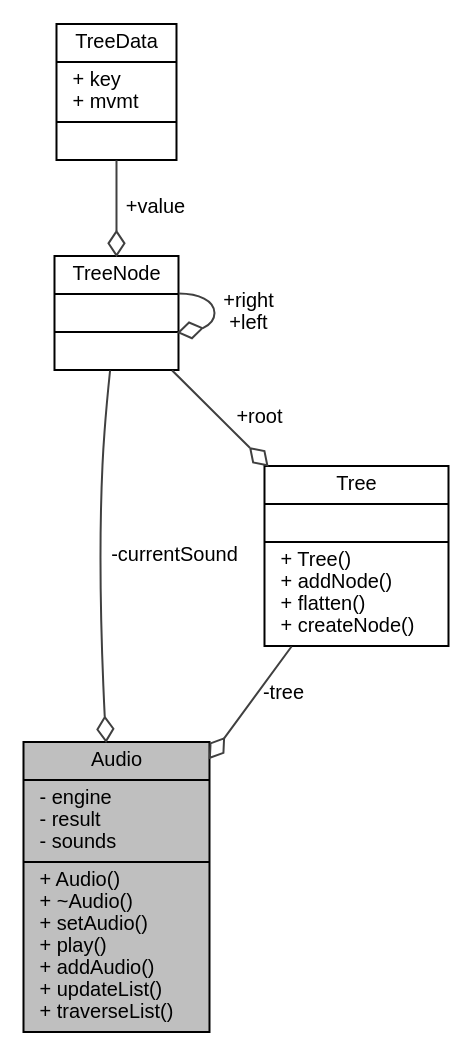
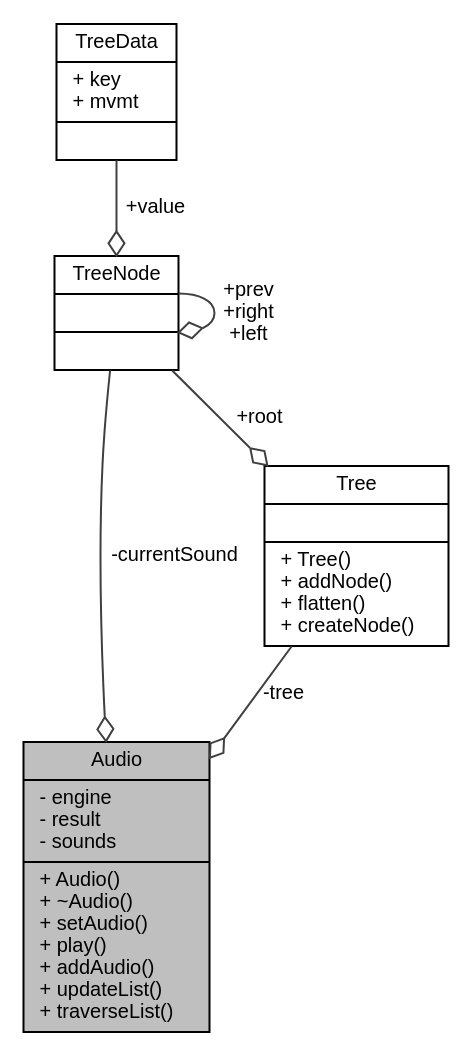
Before and after one commit to jarp0l/Voxeloop: the diagram in docs/classAudio__coll__graph.dot, drawn with Graphviz. The commit also changed 133 other files, not shown here.

```diff
--- a/docs/classAudio__coll__graph.dot
+++ b/docs/classAudio__coll__graph.dot
@@ -1,16 +1,16 @@
 digraph "Audio"
 {
  // INTERACTIVE_SVG=YES
  // LATEX_PDF_SIZE
   edge [fontname="Helvetica",fontsize="10",labelfontname="Helvetica",labelfontsize="10"];
   node [fontname="Helvetica",fontsize="10",shape=record];
   Node1 [label="{Audio\n|- engine\l- result\l- sounds\l|+ Audio()\l+ ~Audio()\l+ setAudio()\l+ play()\l+ addAudio()\l+ updateList()\l+ traverseList()\l}",height=0.2,width=0.4,color="black", fillcolor="grey75", style="filled", fontcolor="black",tooltip=" "];
   Node2 -> Node1 [color="grey25",fontsize="10",style="solid",label=" -currentSound" ,arrowhead="odiamond",fontname="Helvetica"];
   Node2 [label="{TreeNode\n||}",height=0.2,width=0.4,color="black", fillcolor="white", style="filled",URL="$structTreeNode.html",tooltip=" "];
-  Node2 -> Node2 [color="grey25",fontsize="10",style="solid",label=" +right\n+left" ,arrowhead="odiamond",fontname="Helvetica"];
+  Node2 -> Node2 [color="grey25",fontsize="10",style="solid",label=" +prev\n+right\n+left" ,arrowhead="odiamond",fontname="Helvetica"];
   Node3 -> Node2 [color="grey25",fontsize="10",style="solid",label=" +value" ,arrowhead="odiamond",fontname="Helvetica"];
   Node3 [label="{TreeData\n|+ key\l+ mvmt\l|}",height=0.2,width=0.4,color="black", fillcolor="white", style="filled",URL="$structTreeData.html",tooltip=" "];
   Node4 -> Node1 [color="grey25",fontsize="10",style="solid",label=" -tree" ,arrowhead="odiamond",fontname="Helvetica"];
   Node4 [label="{Tree\n||+ Tree()\l+ addNode()\l+ flatten()\l+ createNode()\l}",height=0.2,width=0.4,color="black", fillcolor="white", style="filled",URL="$classTree.html",tooltip=" "];
   Node2 -> Node4 [color="grey25",fontsize="10",style="solid",label=" +root" ,arrowhead="odiamond",fontname="Helvetica"];
 }
```
